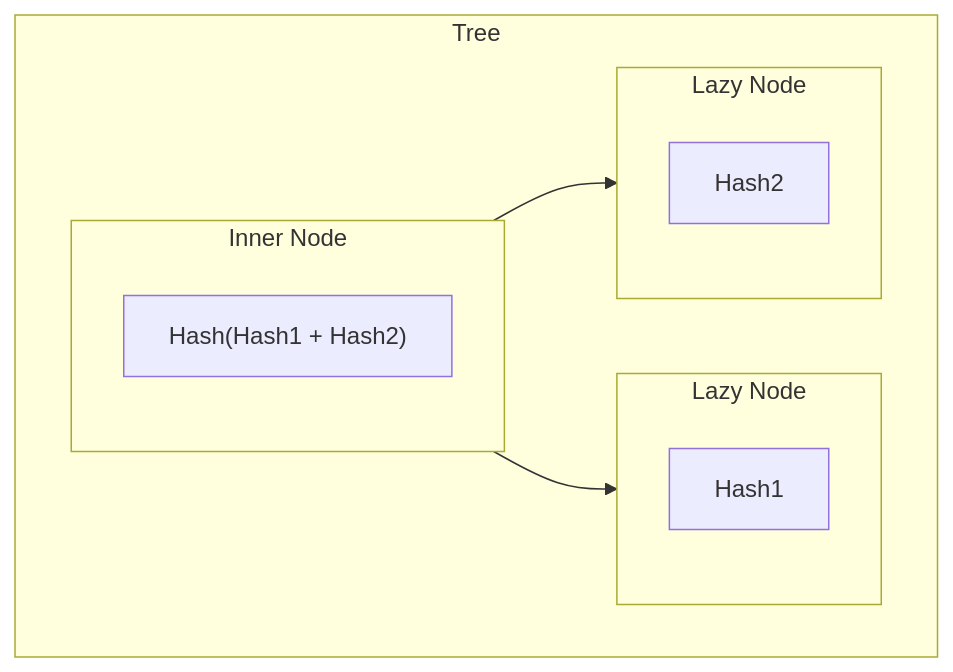
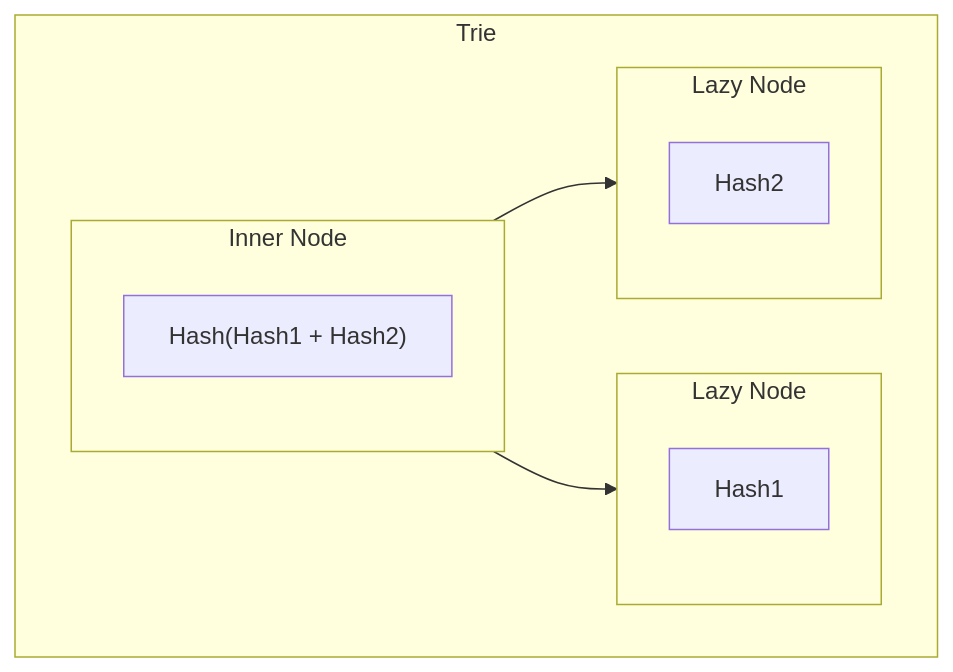
The third of 5 diagrams in docs/SMT.md (pokt-network/smt), drawn with Mermaid before and after one commit. The commit also changed other lines of this file and 25 other files, not shown here.

Commit message:
chore: replace instances of tree with trie (#31)

````diff
--- a/docs/SMT.md
+++ b/docs/SMT.md
@@ -178,16 +178,16 @@
 ```mermaid
 graph TD
 	subgraph I[Inner Node]
 		A["Hash(Hash1 + Hash2)"]
 	end
 	subgraph L1[Lazy Node]
 		B["Hash1"]
 	end
 	subgraph L2[Lazy Node]
 		C["Hash2"]
 	end
-	subgraph T[Tree]
+	subgraph T[Trie]
 		I --> L1
 		I --> L2
 	end
 ```
````
